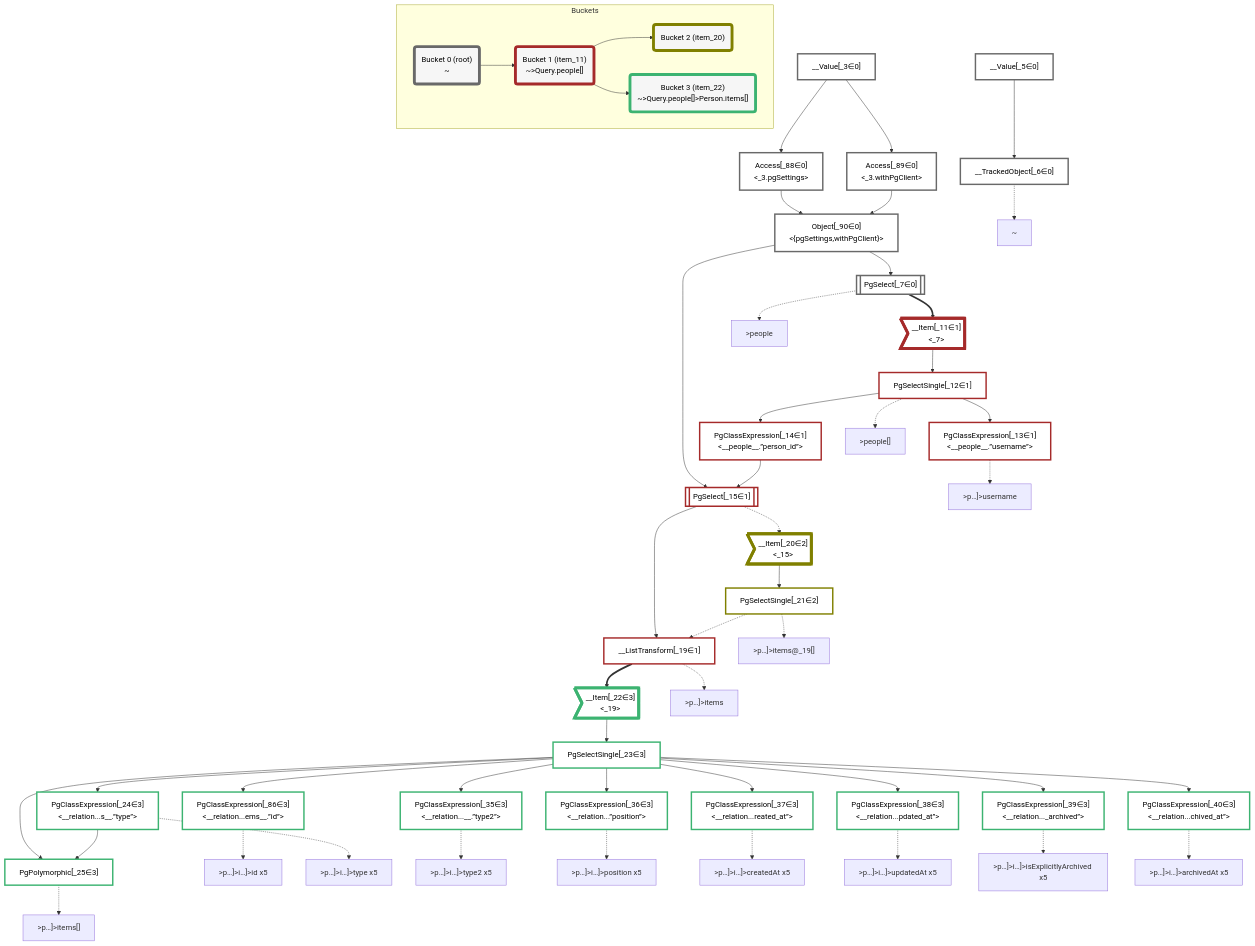
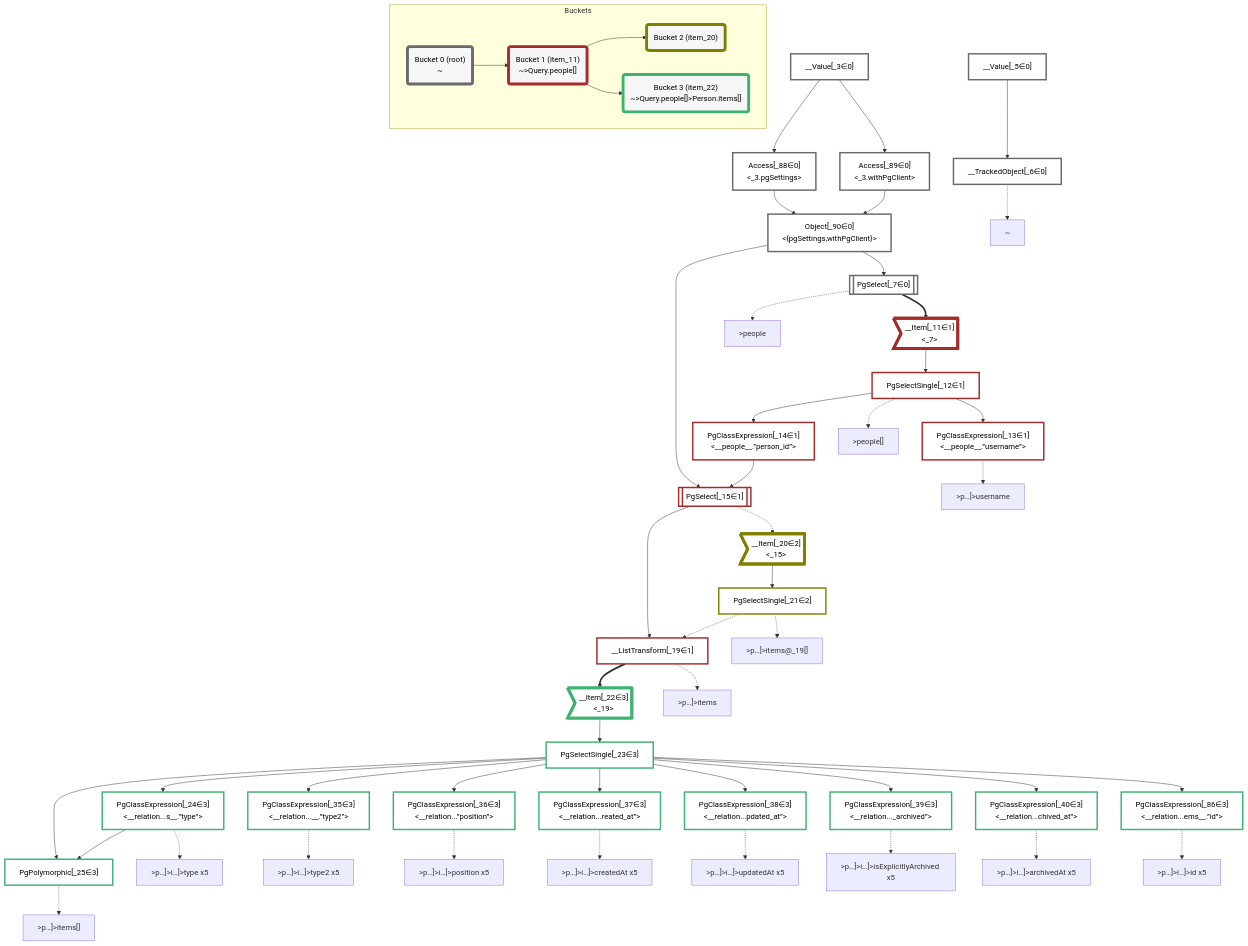
Before and after one commit to graphile/crystal: the diagram in packages/dataplan-pg/__tests__/queries/interfaces-relational/basics.deopt.mermaid.md, drawn with Mermaid. The commit also changed other lines of this file and 82 other files, not shown here.

```diff
--- a/packages/dataplan-pg/__tests__/queries/interfaces-relational/basics.deopt.mermaid.md
+++ b/packages/dataplan-pg/__tests__/queries/interfaces-relational/basics.deopt.mermaid.md
@@ -74,16 +74,14 @@
     PgSelectSingle_12 -.-> P_12
     P_13[">p…]>username"]
     PgClassExpression_13 -.-> P_13
+    P_19[">p…]>items"]
+    __ListTransform_19 -.-> P_19
     P_21[">p…]>items@_19[]"]
     PgSelectSingle_21 -.-> P_21
-    P_19[">p…]>items"]
-    __ListTransform_19 -.-> P_19
+    P_24[">p…]>i…]>type x5"]
+    PgClassExpression_24 -.-> P_24
     P_25[">p…]>items[]"]
     PgPolymorphic_25 -.-> P_25
-    P_86[">p…]>i…]>id x5"]
-    PgClassExpression_86 -.-> P_86
-    P_24[">p…]>i…]>type x5"]
-    PgClassExpression_24 -.-> P_24
     P_35[">p…]>i…]>type2 x5"]
     PgClassExpression_35 -.-> P_35
     P_36[">p…]>i…]>position x5"]
@@ -96,6 +94,8 @@
     PgClassExpression_39 -.-> P_39
     P_40[">p…]>i…]>archivedAt x5"]
     PgClassExpression_40 -.-> P_40
+    P_86[">p…]>i…]>id x5"]
+    PgClassExpression_86 -.-> P_86
 
     %% allocate buckets
     classDef bucket0 stroke:#696969
```
